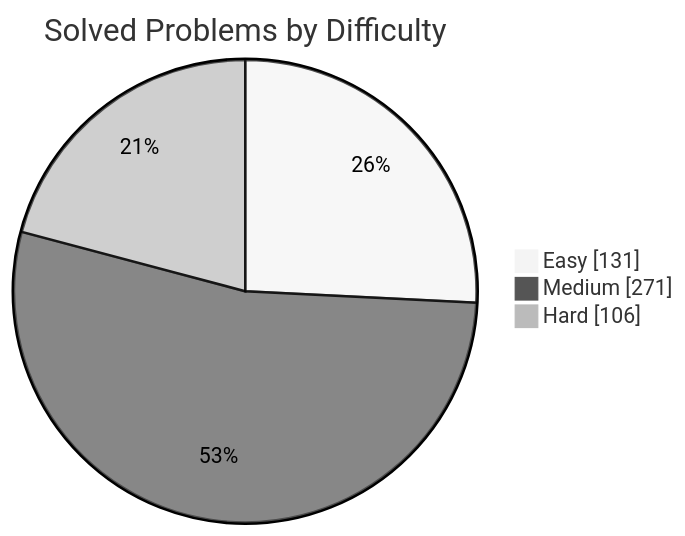
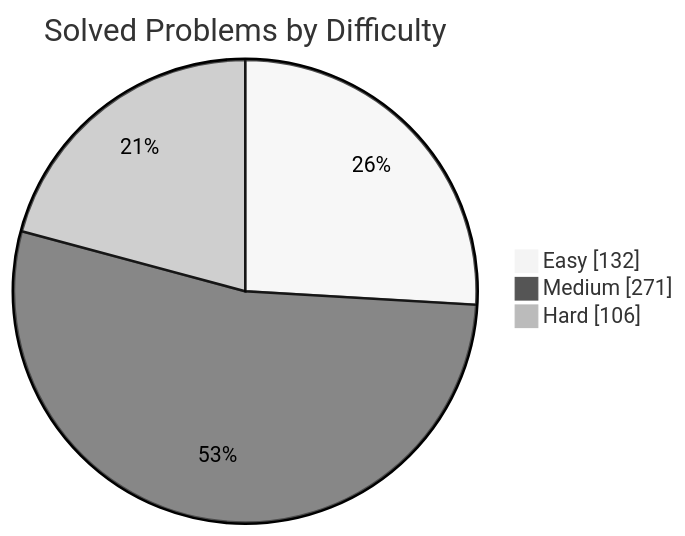
The first of 2 diagrams in README.md (manikantbindass/DSA-Preparation-FAANG), drawn with Mermaid (neutral theme) before and after one commit. The commit also changed other lines of this file and 1 other file, not shown here.

````diff
--- a/README.md
+++ b/README.md
@@ -79,7 +79,7 @@
 ```mermaid
 pie showData
     title Solved Problems by Difficulty
-    "Easy" : 131
+    "Easy" : 132
     "Medium" : 271
     "Hard" : 106
 ```
````
